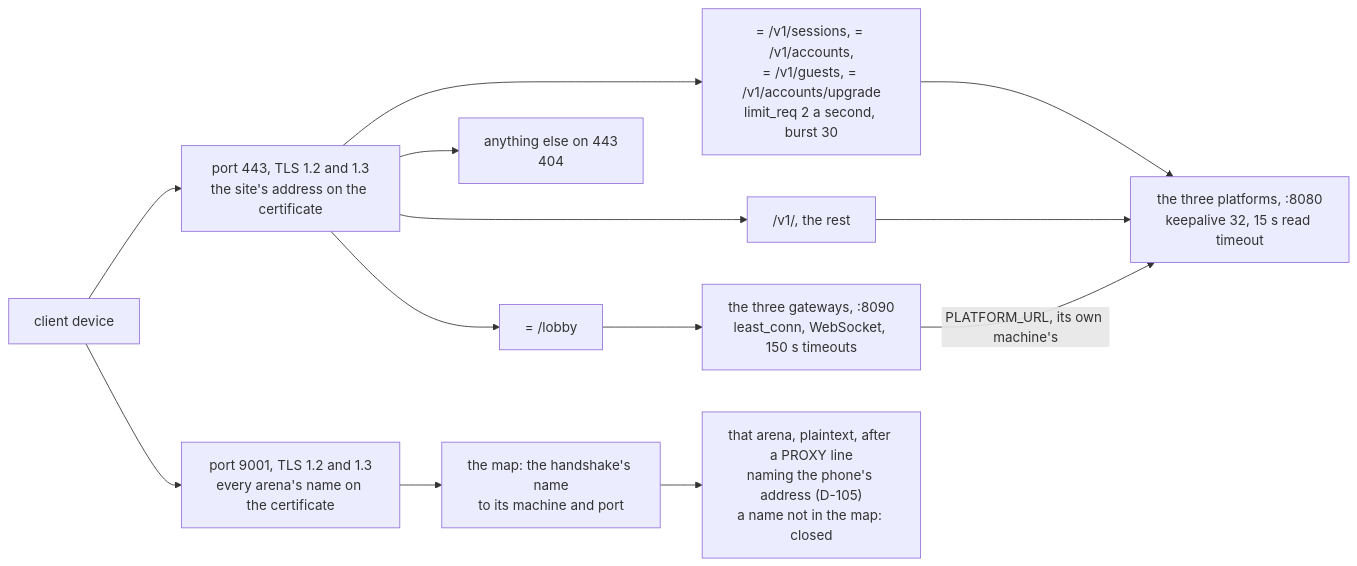
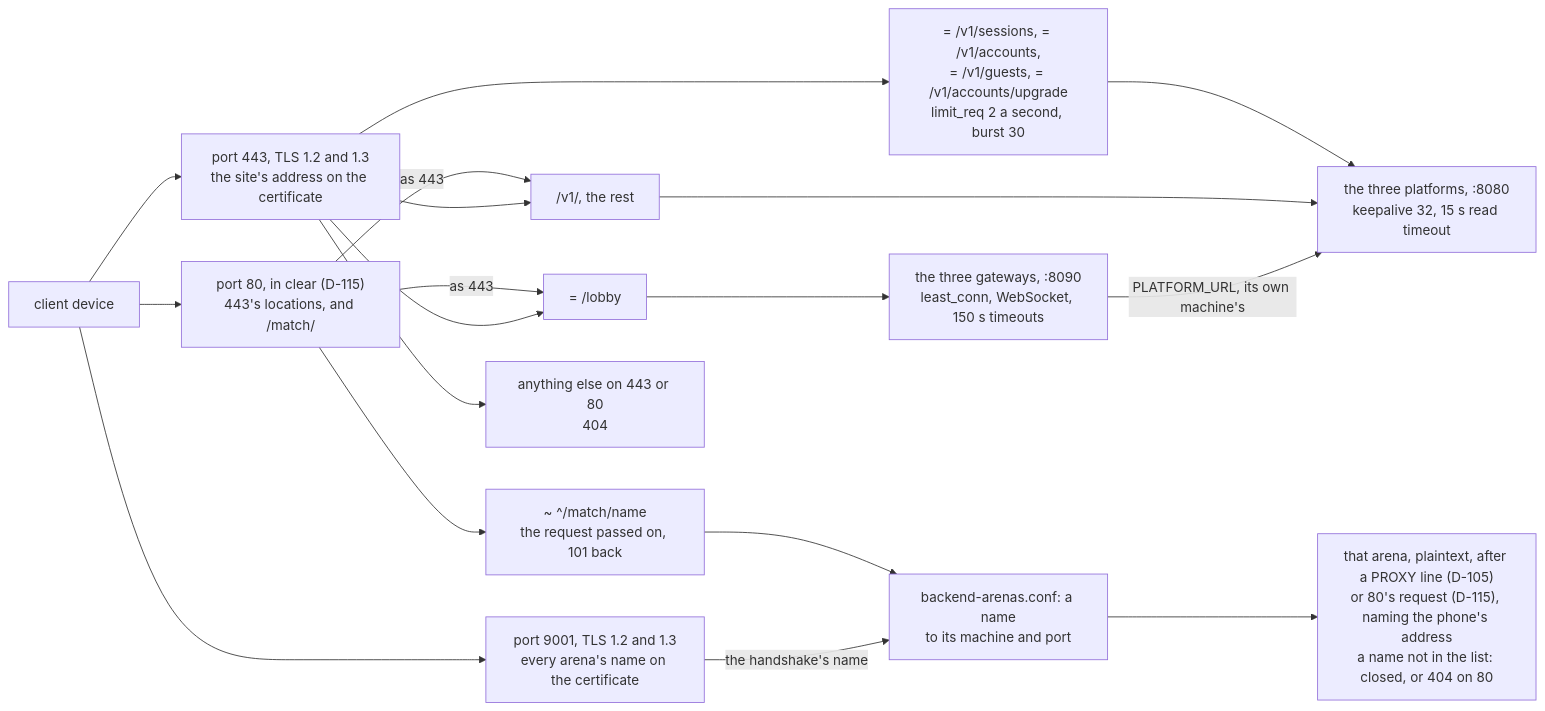
The third of 9 diagrams in docs/diagrams/07-deploy-and-operations.md (greensoft-atom/depio-simulation-platform), drawn with Mermaid before and after one commit. The commit also changed other lines of this file and 47 other files, not shown here.

````diff
--- a/docs/diagrams/07-deploy-and-operations.md
+++ b/docs/diagrams/07-deploy-and-operations.md
@@ -125,26 +126,33 @@
 ```mermaid
 flowchart LR
     dev["client device"]
     p443["port 443, TLS 1.2 and 1.3<br/>the site's address on the certificate"]
     p9001["port 9001, TLS 1.2 and 1.3<br/>every arena's name on the certificate"]
+    p80["port 80, in clear (D-115)<br/>443's locations, and /match/"]
     lobby["= /lobby"]
     auth["= /v1/sessions, = /v1/accounts,<br/>= /v1/guests, = /v1/accounts/upgrade<br/>limit_req 2 a second, burst 30"]
     v1["/v1/, the rest"]
-    other["anything else on 443<br/>404"]
+    other["anything else on 443 or 80<br/>404"]
+    m80["~ ^/match/name<br/>the request passed on, 101 back"]
     gw["the three gateways, :8090<br/>least_conn, WebSocket, 150 s timeouts"]
     pf["the three platforms, :8080<br/>keepalive 32, 15 s read timeout"]
-    map["the map: the handshake's name<br/>to its machine and port"]
-    arena["that arena, plaintext, after a PROXY line<br/>naming the phone's address (D-105)<br/>a name not in the map: closed"]
+    map["backend-arenas.conf: a name<br/>to its machine and port"]
+    arena["that arena, plaintext, after a PROXY line (D-105)<br/>or 80's request (D-115), naming the phone's address<br/>a name not in the list: closed, or 404 on 80"]
     dev --> p443
     dev --> p9001
+    dev --> p80
+    p80 -->|"as 443"| lobby
+    p80 -->|"as 443"| v1
+    p80 --> m80
+    m80 --> map
     p443 --> lobby
     p443 --> auth
     p443 --> v1
     p443 --> other
     lobby --> gw
     auth --> pf
     v1 --> pf
     gw -->|"PLATFORM_URL, its own machine's"| pf
-    p9001 --> map
+    p9001 -->|"the handshake's name"| map
     map --> arena
 ```
````
